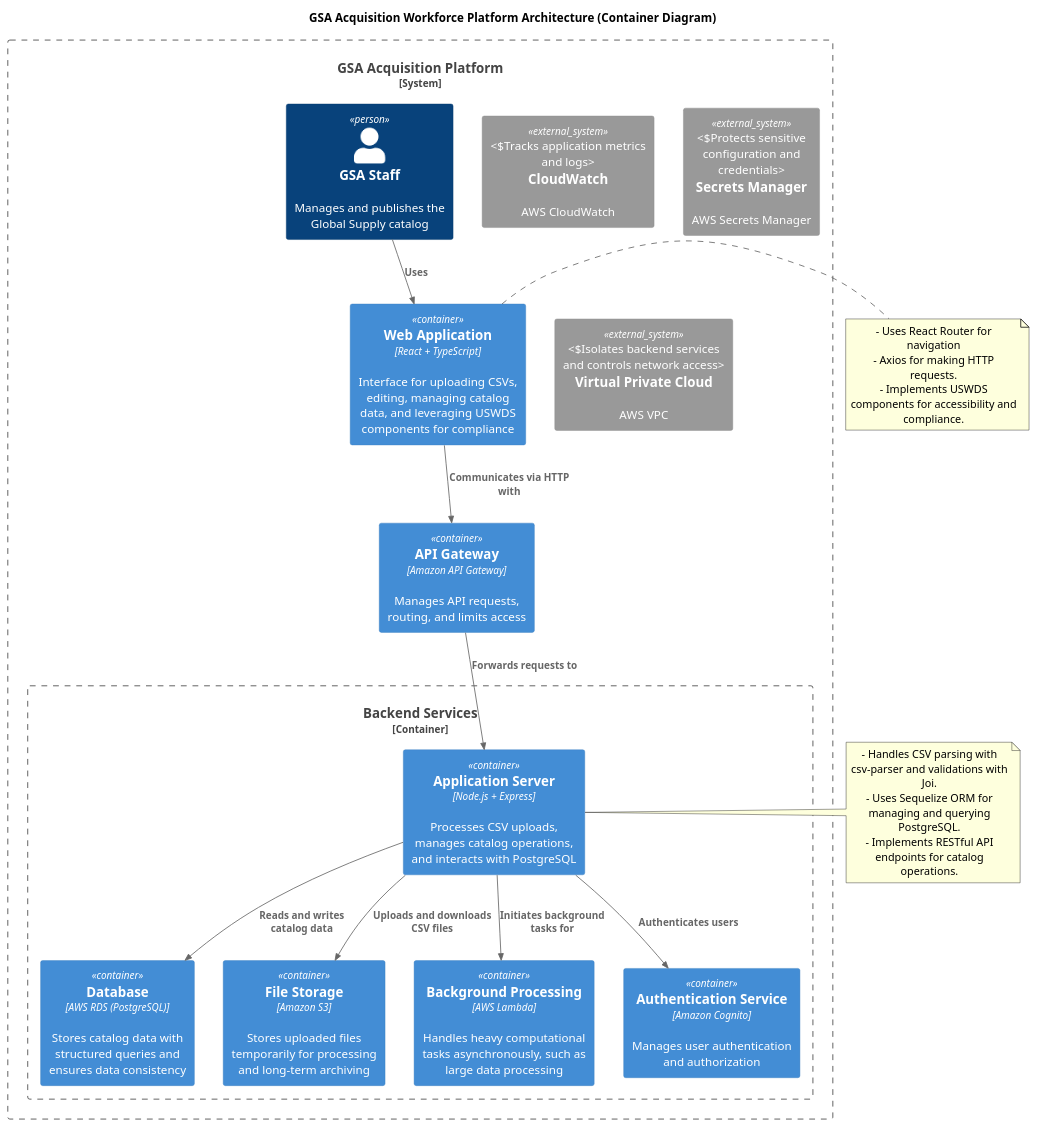
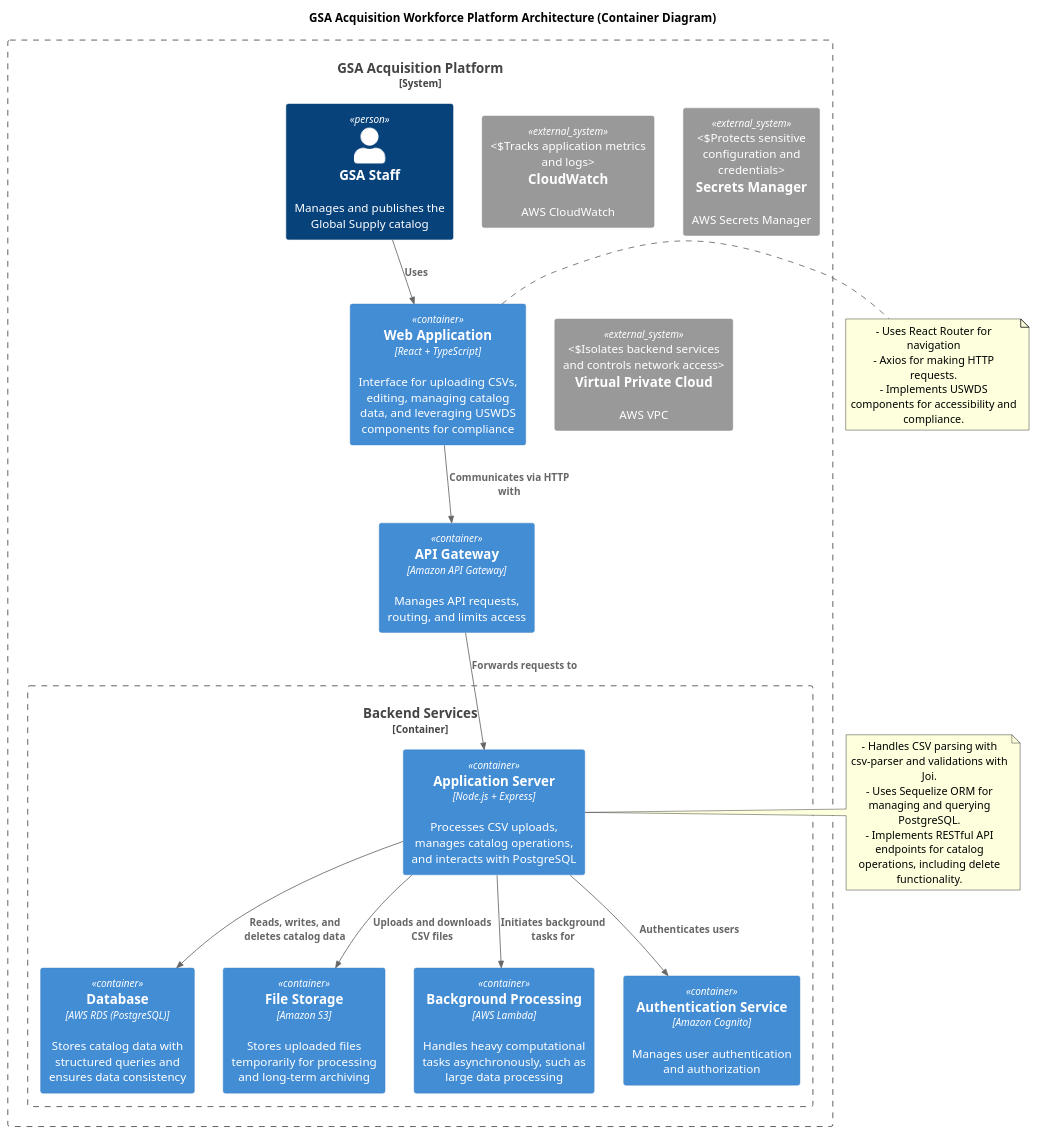
The diagram in solution.md (AathreyaG/reactai-starter), drawn with PlantUML before and after one commit. The commit also changed other lines of this file, not shown here.

````diff
--- a/solution.md
+++ b/solution.md
@@ -3,56 +3,56 @@
 ```plantuml
 @startuml
 !includeurl https://raw.githubusercontent.com/plantuml-stdlib/C4-PlantUML/master/C4_Container.puml
 
 title GSA Acquisition Workforce Platform Architecture (Container Diagram)
 
 System_Boundary(SD_Boundary, "GSA Acquisition Platform") {
     
     ' Clients
     Person(user, "GSA Staff", "Manages and publishes the Global Supply catalog")
 
     ' Frontend
     Container(webApp, "Web Application", "React + TypeScript", "Interface for uploading CSVs, editing, managing catalog data, and leveraging USWDS components for compliance")
 
     ' API Gateway
     Container(apiGateway, "API Gateway", "Amazon API Gateway", "Manages API requests, routing, and limits access")
 
     ' Core Backend Services
     Container_Boundary(Backend, "Backend Services") {
         Container(appServer, "Application Server", "Node.js + Express", "Processes CSV uploads, manages catalog operations, and interacts with PostgreSQL")
         Container(database, "Database", "AWS RDS (PostgreSQL)", "Stores catalog data with structured queries and ensures data consistency")
         Container(fileStorage, "File Storage", "Amazon S3", "Stores uploaded files temporarily for processing and long-term archiving")
         Container(backgroundProcessing, "Background Processing", "AWS Lambda", "Handles heavy computational tasks asynchronously, such as large data processing")
         Container(authService, "Authentication Service", "Amazon Cognito", "Manages user authentication and authorization")
     }
 
     ' Monitoring and Security Services
     System_Ext(cloudwatch, "CloudWatch", "AWS CloudWatch", "Tracks application metrics and logs")
     System_Ext(secretsManager, "Secrets Manager", "AWS Secrets Manager", "Protects sensitive configuration and credentials")
     System_Ext(vpc, "Virtual Private Cloud", "AWS VPC", "Isolates backend services and controls network access")
 
     ' Relationships and Flows
     Rel(user, webApp, "Uses")
     Rel(webApp, apiGateway, "Communicates via HTTP with")
     Rel(apiGateway, appServer, "Forwards requests to")
-    Rel(appServer, database, "Reads and writes catalog data")
+    Rel(appServer, database, "Reads, writes, and deletes catalog data")
     Rel(appServer, fileStorage, "Uploads and downloads CSV files")
     Rel(appServer, backgroundProcessing, "Initiates background tasks for")
     Rel(appServer, authService, "Authenticates users")
 }
 
 ' Notes for additional context
 note right of webApp
 - Uses React Router for navigation
 - Axios for making HTTP requests.
 - Implements USWDS components for accessibility and compliance.
 end note
 
 note right of appServer
 - Handles CSV parsing with csv-parser and validations with Joi.
 - Uses Sequelize ORM for managing and querying PostgreSQL.
-- Implements RESTful API endpoints for catalog operations.
+- Implements RESTful API endpoints for catalog operations, including delete functionality.
 end note
 
 @enduml
 ```
````
